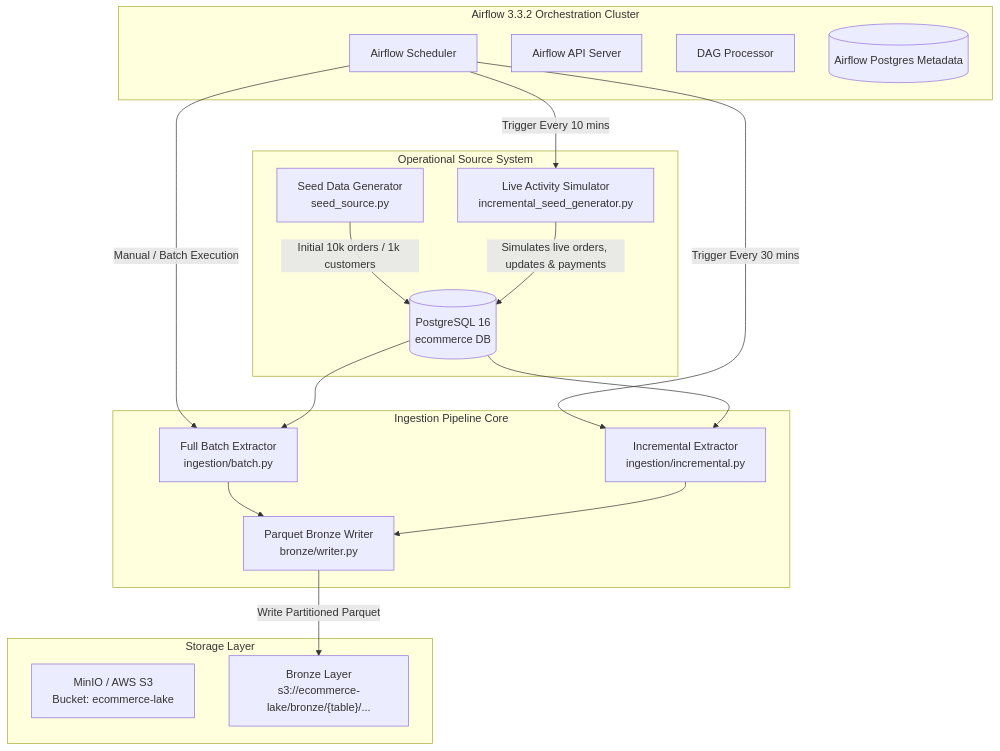
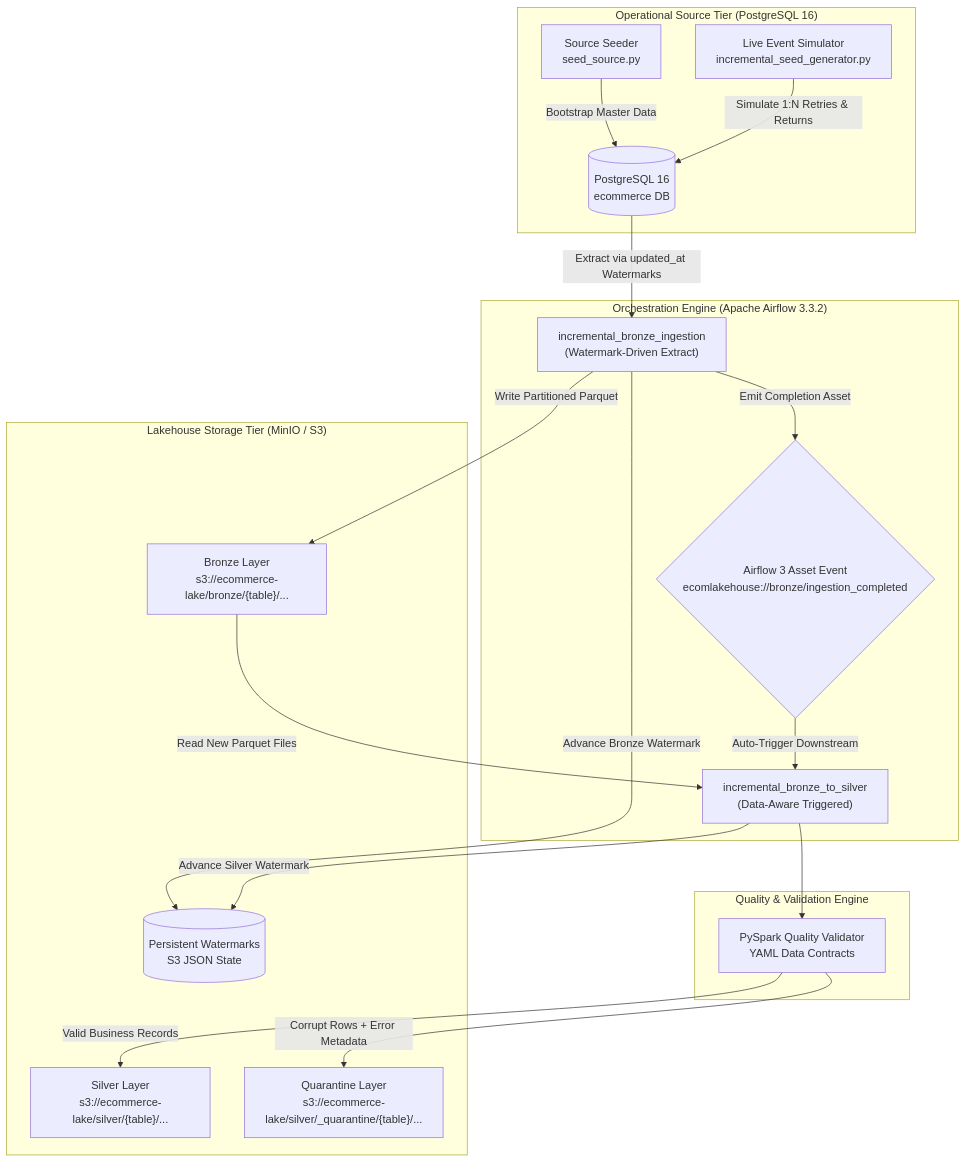
Before and after one commit to mukeshkumar-krishnamoorthi/EcomLakehouse: the first of 2 diagrams in README.md, drawn with Mermaid. The commit also changed other lines of this file and 1 other file, not shown here.

Commit message:
docs: overhaul README with comprehensive architecture and pipeline documentation

````diff
--- a/README.md
+++ b/README.md
@@ -36,41 +86,41 @@
 ```mermaid
 flowchart TD
-    subgraph Operational["Operational Source System"]
+    subgraph Source["Operational Source Tier (PostgreSQL 16)"]
         DB[("PostgreSQL 16<br/>ecommerce DB")]
-        SEED["Seed Data Generator<br/>seed_source.py"]
-        INC_SEED["Live Activity Simulator<br/>incremental_seed_generator.py"]
+        SEED["Source Seeder<br/>seed_source.py"]
+        SIM["Live Event Simulator<br/>incremental_seed_generator.py"]
     end
 
-    subgraph Airflow["Airflow 3.3.2 Orchestration Cluster"]
-        SCHED["Airflow Scheduler"]
-        APISVR["Airflow API Server"]
-        PROC["DAG Processor"]
-        META[("Airflow Postgres Metadata")]
+    subgraph Airflow["Orchestration Engine (Apache Airflow 3.3.2)"]
+        DAG_EXT["incremental_bronze_ingestion<br/>(Watermark-Driven Extract)"]
+        ASSET{"Airflow 3 Asset Event<br/>ecomlakehouse://bronze/ingestion_completed"}
+        DAG_SILVER["incremental_bronze_to_silver<br/>(Data-Aware Triggered)"]
     end
 
-    subgraph Ingestion["Ingestion Pipeline Core"]
-        BATCH_INGEST["Full Batch Extractor<br/>ingestion/batch.py"]
-        INC_INGEST["Incremental Extractor<br/>ingestion/incremental.py"]
-        WRITER["Parquet Bronze Writer<br/>bronze/writer.py"]
+    subgraph Spark["Quality & Validation Engine"]
+        SPARK_VAL["PySpark Quality Validator<br/>YAML Data Contracts"]
     end
 
-    subgraph Storage["Storage Layer"]
-        MINIO["MinIO / AWS S3<br/>Bucket: ecommerce-lake"]
+    subgraph Storage["Lakehouse Storage Tier (MinIO / S3)"]
         BRONZE["Bronze Layer<br/>s3://ecommerce-lake/bronze/{table}/..."]
+        SILVER["Silver Layer<br/>s3://ecommerce-lake/silver/{table}/..."]
+        QUARANTINE["Quarantine Layer<br/>s3://ecommerce-lake/silver/_quarantine/{table}/..."]
+        CP[("Persistent Watermarks<br/>S3 JSON State")]
     end
 
-    SEED -->|"Initial 10k orders / 1k customers"| DB
-    INC_SEED -->|"Simulates live orders, updates & payments"| DB
+    SEED -->|"Bootstrap Master Data"| DB
+    SIM -->|"Simulate 1:N Retries & Returns"| DB
 
-    SCHED -->|"Trigger Every 10 mins"| INC_SEED
-    SCHED -->|"Trigger Every 30 mins"| INC_INGEST
-    SCHED -->|"Manual / Batch Execution"| BATCH_INGEST
+    DB -->|"Extract via updated_at Watermarks"| DAG_EXT
+    DAG_EXT -->|"Write Partitioned Parquet"| BRONZE
+    DAG_EXT -->|"Advance Bronze Watermark"| CP
+    DAG_EXT -->|"Emit Completion Asset"| ASSET
 
-    DB --> BATCH_INGEST
-    DB --> INC_INGEST
+    ASSET -->|"Auto-Trigger Downstream"| DAG_SILVER
+    BRONZE -->|"Read New Parquet Files"| DAG_SILVER
+    DAG_SILVER --> SPARK_VAL
 
-    BATCH_INGEST --> WRITER
-    INC_INGEST --> WRITER
-
-    WRITER -->|"Write Partitioned Parquet"| BRONZE
+    SPARK_VAL -->|"Valid Business Records"| SILVER
+    SPARK_VAL -->|"Corrupt Rows + Error Metadata"| QUARANTINE
+    DAG_SILVER -->|"Advance Silver Watermark"| CP
 ```
````
